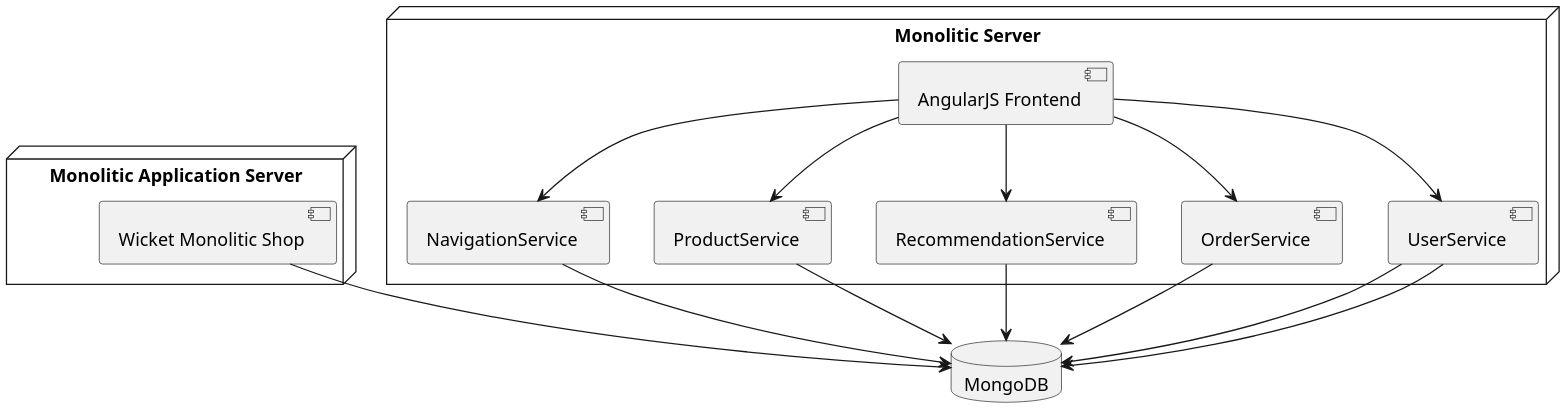
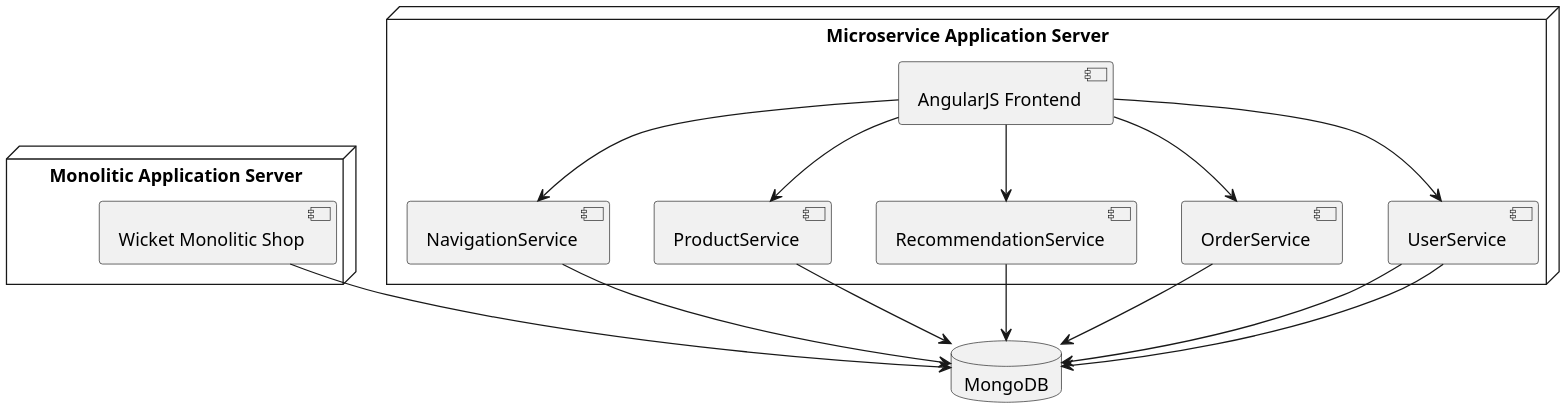
Before and after one commit to zutherb/AppStash: the diagram in external/images/deployment-diagram.puml, drawn with PlantUML. The commit also changed 1 other file, not shown here.

Commit message:
correct deployment diagramm

```diff
--- a/external/images/deployment-diagram.puml
+++ b/external/images/deployment-diagram.puml
@@ -1,27 +1,27 @@
 @startuml
 scale 2
 
 database "MongoDB" {
 }
 
 node "Monolitic Application Server" {
     [Wicket Monolitic Shop] --> MongoDB
 }
 
-node "Monolitic Server" {
+node "Microservice Application Server" {
     [AngularJS Frontend] --> [NavigationService]
     [AngularJS Frontend] --> [ProductService]
     [AngularJS Frontend] --> [RecommendationService]
     [AngularJS Frontend] --> [OrderService]
     [AngularJS Frontend] --> [UserService]
 
     [UserService] --> MongoDB
     [NavigationService] --> MongoDB
     [ProductService] --> MongoDB
     [RecommendationService] --> MongoDB
     [OrderService] --> MongoDB
     [UserService] --> MongoDB
 }
 
 
 @enduml
```
